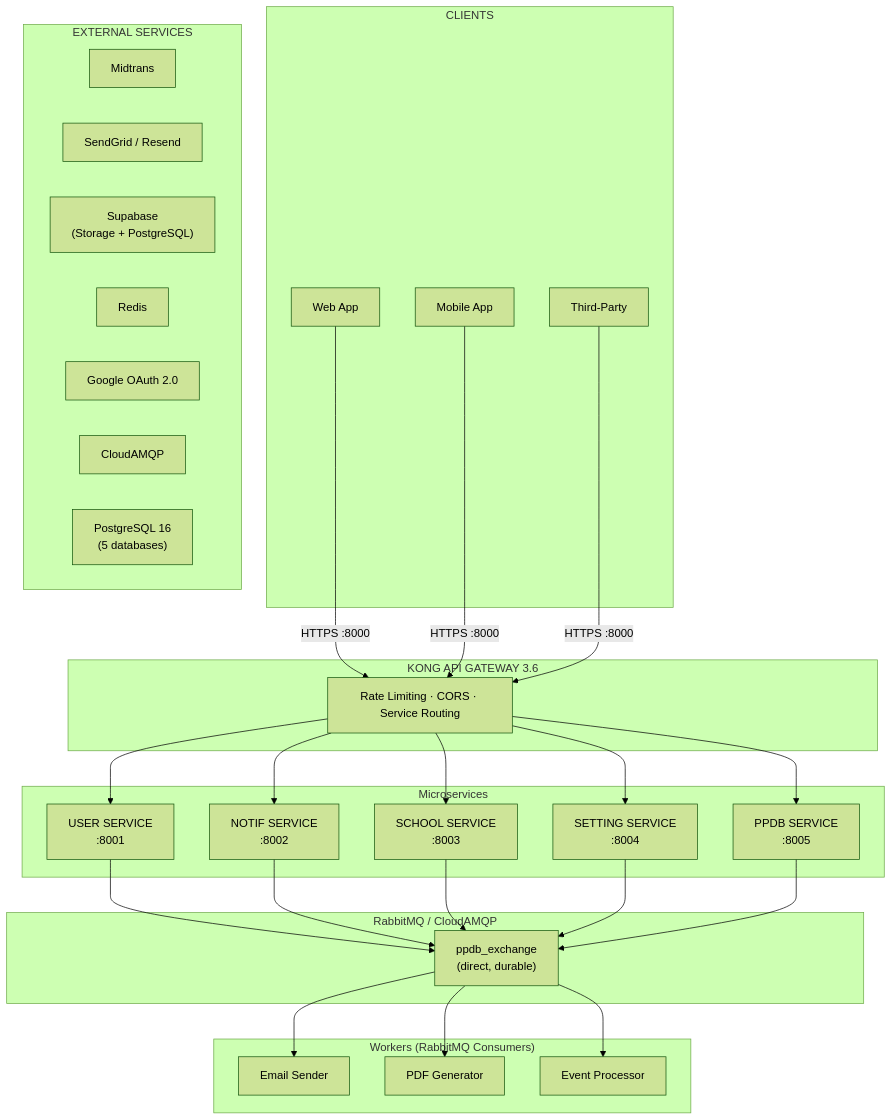
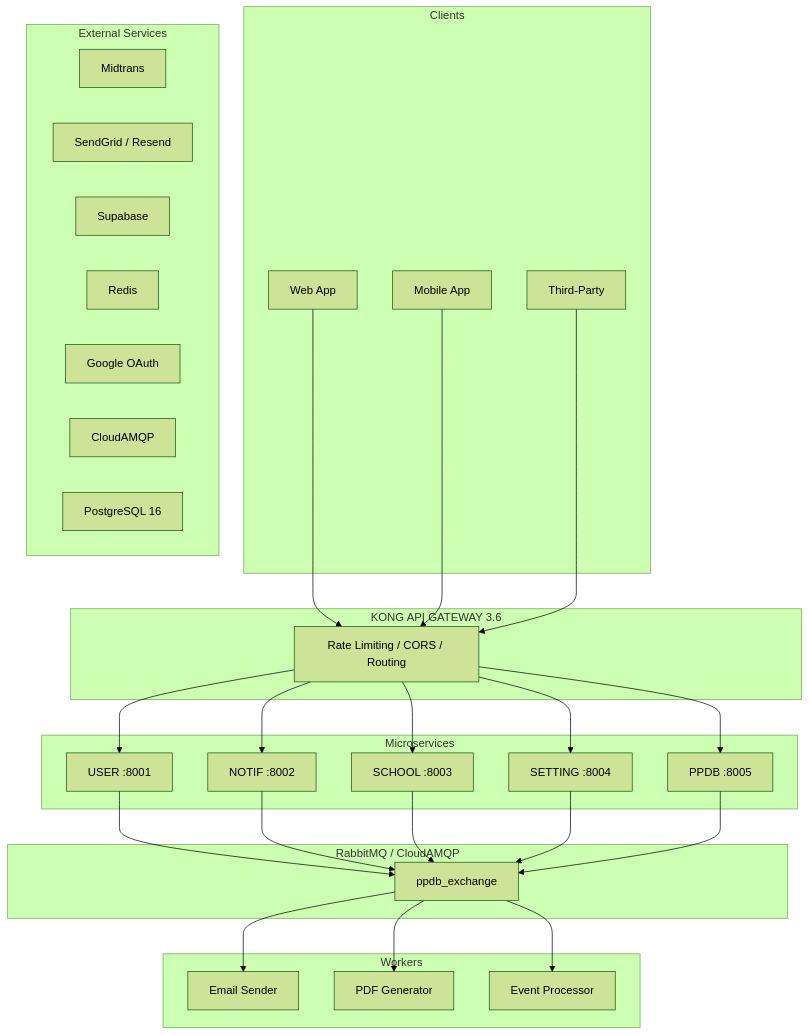
Before and after one commit to IyaTulus/ppdb-microserivce: the first of 8 diagrams in README.md, drawn with Mermaid (forest theme). The commit also changed other lines of this file, not shown here.

````diff
--- a/README.md
+++ b/README.md
@@ -57,45 +57,45 @@
 ```mermaid
 graph TB
-    subgraph Clients["CLIENTS"]
-        WA["Web App"]
-        MA["Mobile App"]
-        TP["Third-Party"]
+    subgraph Clients
+        WA[Web App]
+        MA[Mobile App]
+        TP[Third-Party]
     end
 
-    subgraph Kong["KONG API GATEWAY 3.6"]
-        KG["Rate Limiting · CORS · Service Routing"]
+    subgraph Kong[KONG API GATEWAY 3.6]
+        KG[Rate Limiting / CORS / Routing]
     end
 
-    subgraph Services["Microservices"]
-        US["USER SERVICE<br/>:8001"]
-        NS["NOTIF SERVICE<br/>:8002"]
-        SS["SCHOOL SERVICE<br/>:8003"]
-        ST["SETTING SERVICE<br/>:8004"]
-        PS["PPDB SERVICE<br/>:8005"]
+    subgraph Services[Microservices]
+        US[USER :8001]
+        NS[NOTIF :8002]
+        SS[SCHOOL :8003]
+        ST[SETTING :8004]
+        PS[PPDB :8005]
     end
 
-    subgraph Broker["RabbitMQ / CloudAMQP"]
-        RMQ["ppdb_exchange<br/>(direct, durable)"]
+    subgraph Broker[RabbitMQ / CloudAMQP]
+        RMQ[ppdb_exchange]
     end
 
-    subgraph Workers["Workers (RabbitMQ Consumers)"]
-        EM["Email Sender"]
-        PG["PDF Generator"]
-        EP["Event Processor"]
+    subgraph Workers[Workers]
+        EM[Email Sender]
+        PG[PDF Generator]
+        EP[Event Processor]
     end
 
-    subgraph External["EXTERNAL SERVICES"]
-        MID["Midtrans"]
-        EMG["SendGrid / Resend"]
-        SUP["Supabase<br/>(Storage + PostgreSQL)"]
-        RD["Redis"]
-        GGL["Google OAuth 2.0"]
-        CAMQP["CloudAMQP"]
-        PG16["PostgreSQL 16<br/>(5 databases)"]
+    subgraph External[External Services]
+        MID[Midtrans]
+        EMG[SendGrid / Resend]
+        SUP[Supabase]
+        RD[Redis]
+        GGL[Google OAuth]
+        CAMQP[CloudAMQP]
+        PG16[PostgreSQL 16]
     end
 
-    WA & MA & TP -->|"HTTPS :8000"| KG
+    WA & MA & TP --> KG
     KG --> US & NS & SS & ST & PS
     US & NS & SS & ST & PS --> RMQ
     RMQ --> EM & PG & EP
 ```
````
